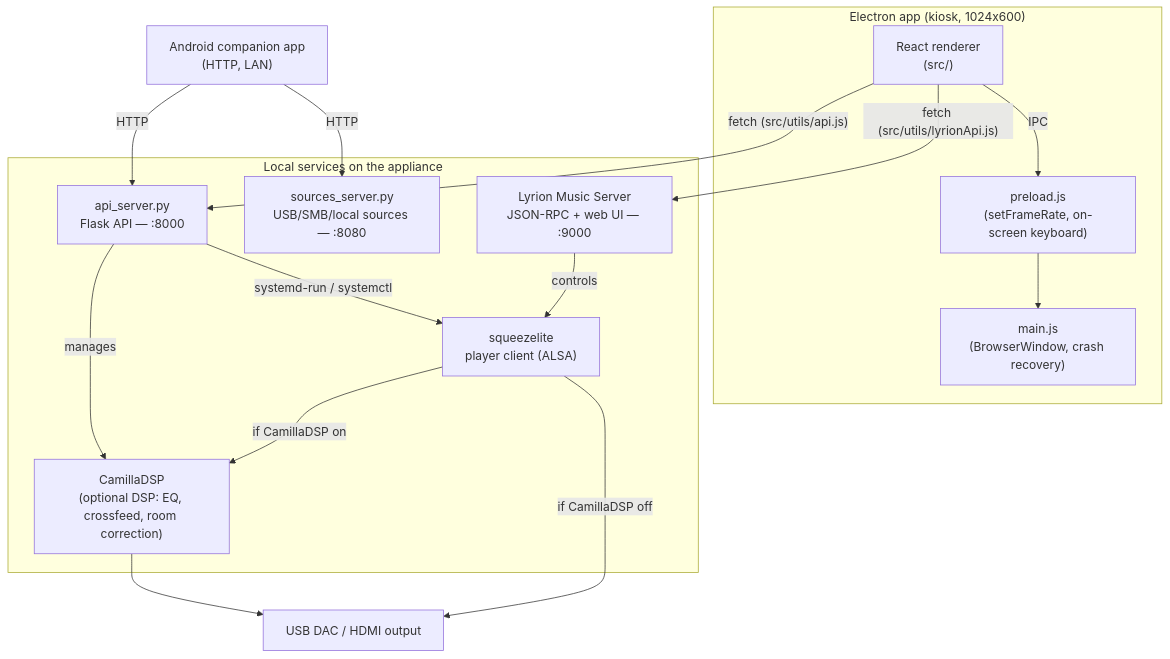
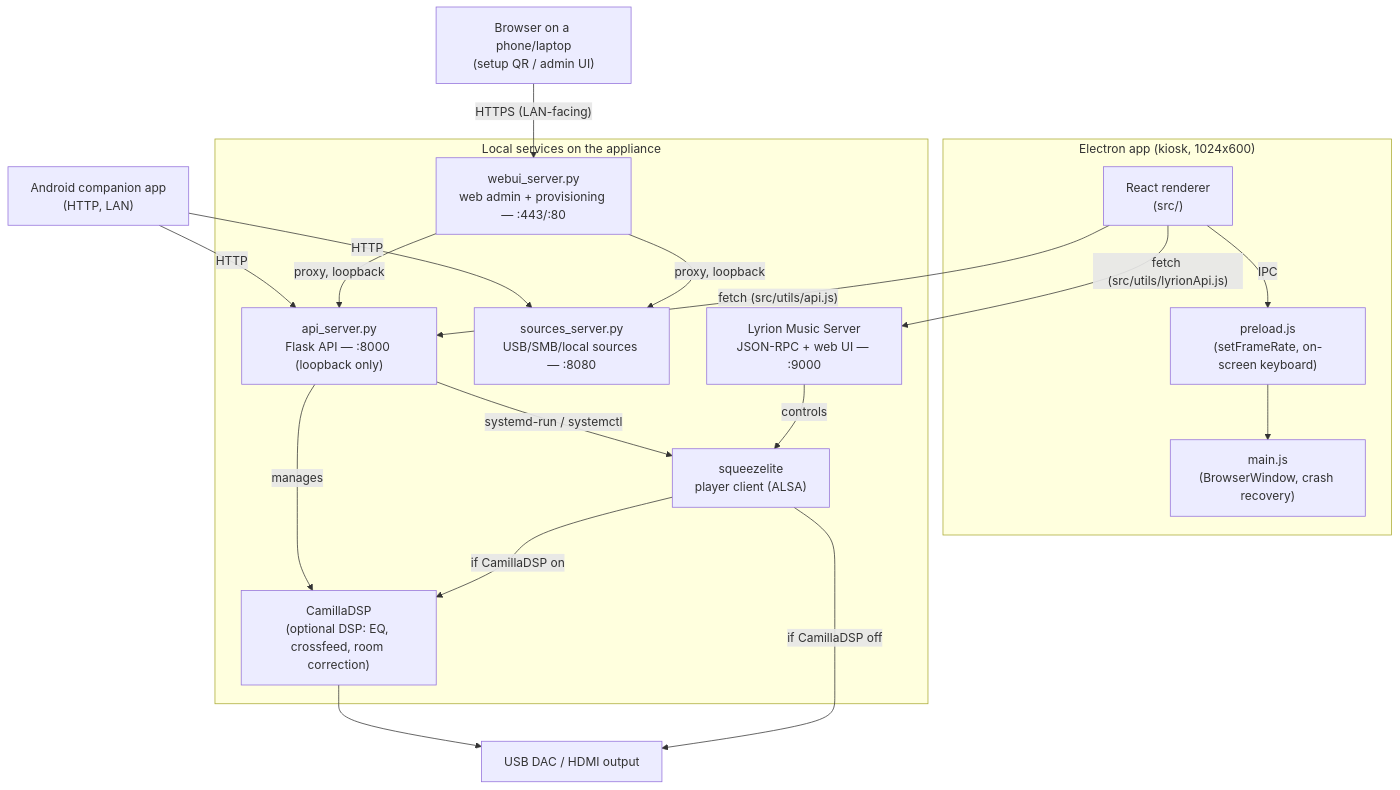
One commit to adri6412/osmium-sound changed the diagram in ARCHITECTURE.md. Above: the diagram before and after it, drawn with Mermaid. The commit also changed other lines of this file and 21 other files, not shown here.

````diff
--- a/ARCHITECTURE.md
+++ b/ARCHITECTURE.md
@@ -9,31 +9,36 @@
 ```mermaid
 flowchart TB
     subgraph UI["Electron app (kiosk, 1024x600)"]
         Renderer["React renderer\n(src/)"]
         Preload["preload.js\n(setFrameRate, on-screen keyboard)"]
         Main["main.js\n(BrowserWindow, crash recovery)"]
     end
 
     subgraph Local["Local services on the appliance"]
-        Flask["api_server.py\nFlask API — :8000"]
+        Flask["api_server.py\nFlask API — :8000 (loopback only)"]
         Sources["sources_server.py\nUSB/SMB/local sources — :8080"]
+        WebUI["webui_server.py\nweb admin + provisioning — :443/:80"]
         Lyrion["Lyrion Music Server\nJSON-RPC + web UI — :9000"]
         Squeezelite["squeezelite\nplayer client (ALSA)"]
         Camilla["CamillaDSP\n(optional DSP: EQ, crossfeed, room correction)"]
     end
 
     DAC["USB DAC / HDMI output"]
     Phone["Android companion app\n(HTTP, LAN)"]
+    Browser["Browser on a phone/laptop\n(setup QR / admin UI)"]
 
     Renderer -- IPC --> Preload
     Preload --> Main
     Renderer -- "fetch (src/utils/api.js)" --> Flask
     Renderer -- "fetch (src/utils/lyrionApi.js)" --> Lyrion
     Flask -- systemd-run / systemctl --> Squeezelite
     Flask -- manages --> Camilla
     Lyrion -- controls --> Squeezelite
     Squeezelite -- "if CamillaDSP on" --> Camilla --> DAC
     Squeezelite -- "if CamillaDSP off" --> DAC
     Phone -- HTTP --> Flask
     Phone -- HTTP --> Sources
+    Browser -- "HTTPS (LAN-facing)" --> WebUI
+    WebUI -- "proxy, loopback" --> Flask
+    WebUI -- "proxy, loopback" --> Sources
 ```
````
